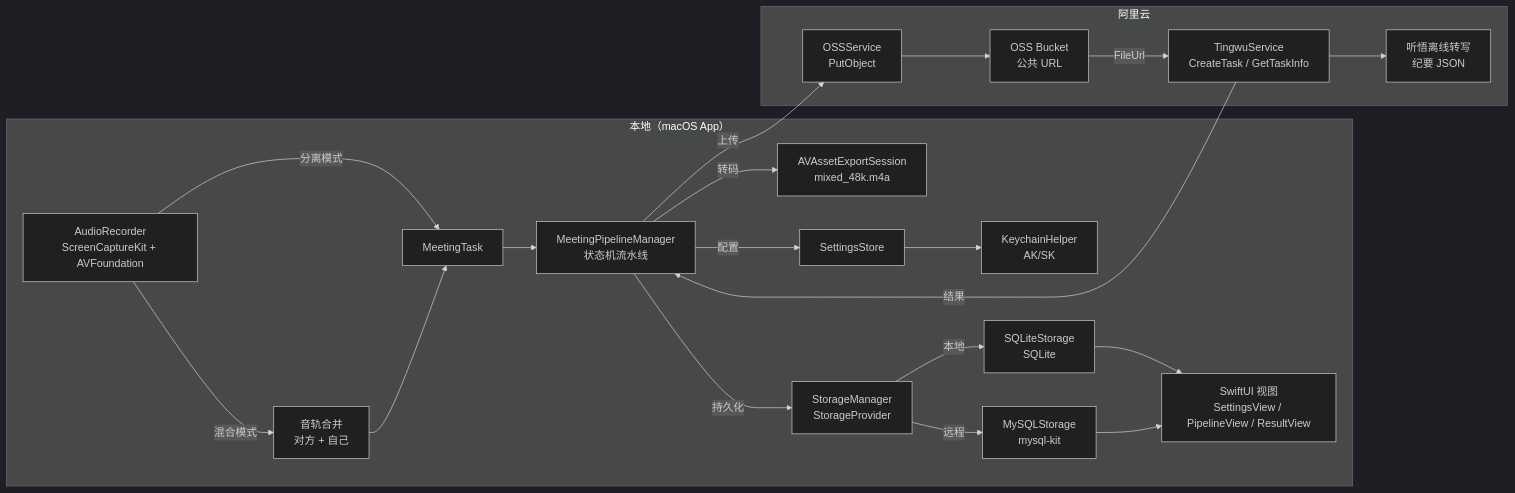
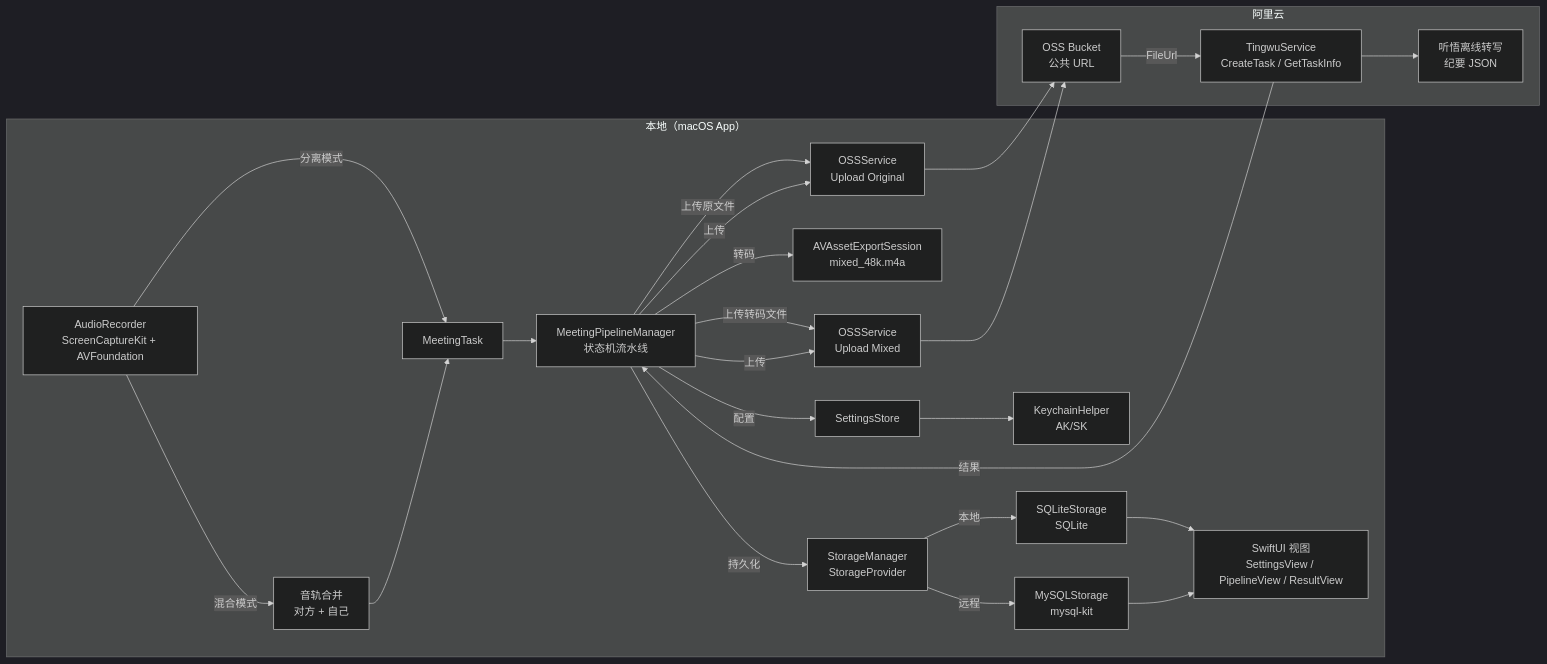
The diagram in README_CN.md (MasamiYui/wechat-voice-ai-record), drawn with Mermaid (dark theme) before and after one commit. The commit also changed 10 other files, not shown here.

````diff
--- a/README_CN.md
+++ b/README_CN.md
@@ -36,26 +36,30 @@
 ```mermaid
 flowchart LR
   subgraph Local["本地（macOS App）"]
     A["AudioRecorder<br/>ScreenCaptureKit + AVFoundation"] -->|混合模式| B["音轨合并<br/>对方 + 自己"]
     A -->|分离模式| C["MeetingTask"]
     B --> C
     C --> D["MeetingPipelineManager<br/>状态机流水线"]
+    D -->|上传原文件| F1["OSSService<br/>Upload Original"]
     D -->|转码| E["AVAssetExportSession<br/>mixed_48k.m4a"]
+    D -->|上传转码文件| F2["OSSService<br/>Upload Mixed"]
     D -->|持久化| SM["StorageManager<br/>StorageProvider"]
     D -->|配置| S["SettingsStore"]
     S --> K["KeychainHelper<br/>AK/SK"]
     SM -->|本地| J1["SQLiteStorage<br/>SQLite"]
     SM -->|远程| J2["MySQLStorage<br/>mysql-kit"]
     J1 --> V["SwiftUI 视图<br/>SettingsView / PipelineView / ResultView"]
     J2 --> V
   end
 
   subgraph Cloud["阿里云"]
-    F["OSSService<br/>PutObject"] --> G["OSS Bucket<br/>公共 URL"]
+    F1 --> G["OSS Bucket<br/>公共 URL"]
+    F2 --> G
     T["TingwuService<br/>CreateTask / GetTaskInfo"] --> R["听悟离线转写<br/>纪要 JSON"]
   end
 
-  D -->|上传| F
+  D -->|上传| F1
+  D -->|上传| F2
   G -->|FileUrl| T
   T -->|结果| D
 ```
````
